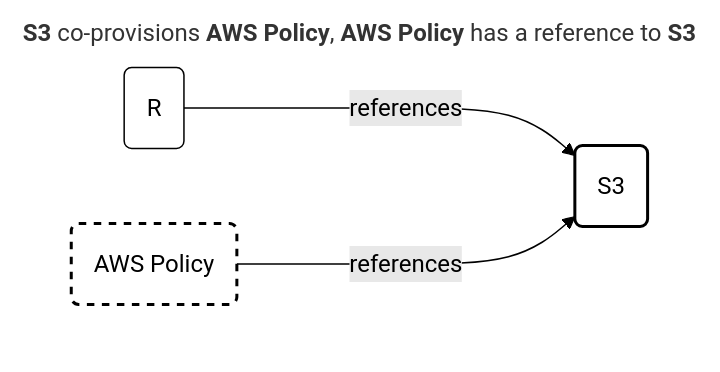
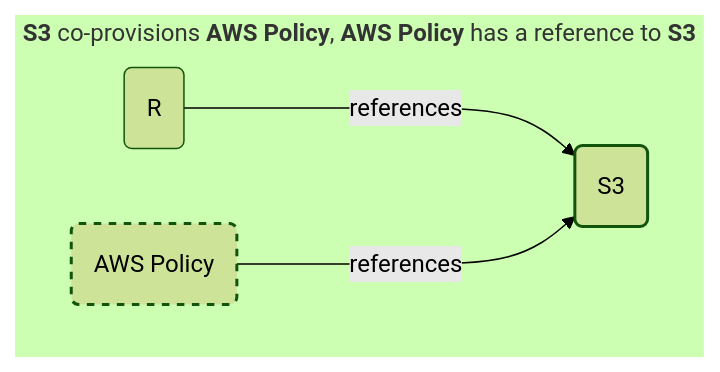
One commit to humanitec-architecture/example-library changed the diagram in resource-definitions/terraform-driver/co-provision/README.md. Above: the diagram before and after it, drawn with Mermaid (forest theme). The commit also changed other lines of this file, not shown here.

Commit message:
Addint Resource Graph explanation to README

````diff
--- a/resource-definitions/terraform-driver/co-provision/README.md
+++ b/resource-definitions/terraform-driver/co-provision/README.md
@@ -8,16 +10,16 @@
 ```mermaid
 flowchart TB
   subgraph fig1 ["<b>S3</b> co-provisions <b>AWS Policy</b>, <b>AWS Policy</b> has a reference to <b>S3</b>"]
     direction LR
     R1(R) --->|references| R2(S3)
     N1(AWS Policy) --->|references| R2
   end
-  classDef pClass fill:#fff,stroke:#000,stroke-width:1px
-  classDef rClass fill:#fff,stroke:#000,stroke-width:2px
-  classDef nClass fill:#fff,stroke:#000,stroke-width:2px,stroke-dasharray: 5 5
+  classDef pClass stroke-width:1px
+  classDef rClass stroke-width:2px
+  classDef nClass stroke-width:2px,stroke-dasharray: 5 5
   class R1 pClass
   class R2 rClass
   class N1 nClass
-  classDef subgraphClass fill:#fff,stroke-width:0,white-space:nowrap
+  classDef subgraphClass stroke-width:0,white-space:nowrap
   class fig1 subgraphClass
 ```
````
